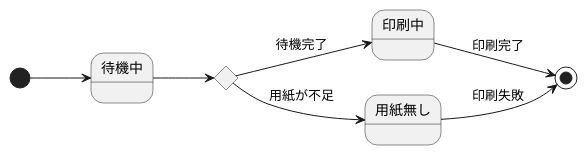
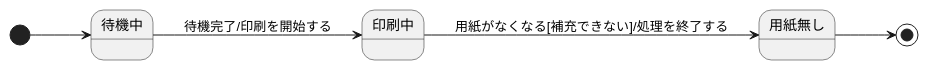
One commit to omorirenka/uml-introduction changed the diagram in 演習6-1_SD_プリンタ.pu. Above: the diagram before and after it, drawn with PlantUML.

Commit message:
演習6-1修正

```diff
--- a/演習6-1_SD_プリンタ.pu
+++ b/演習6-1_SD_プリンタ.pu
@@ -1,11 +1,7 @@
 @startuml
 left to right direction
 [*] --> 待機中
-state c <<choice>>
-state c <<choice>>
-待機中 --> c
-c --> 印刷中 : 待機完了
-c --> 用紙無し : 用紙が不足
-印刷中 --> [*] : 印刷完了
-用紙無し --> [*] : 印刷失敗
+待機中 --> 印刷中 : 待機完了/印刷を開始する
+印刷中 --> 用紙無し : 用紙がなくなる[補充できない]/処理を終了する
+用紙無し --> [*]
 @enduml
```
